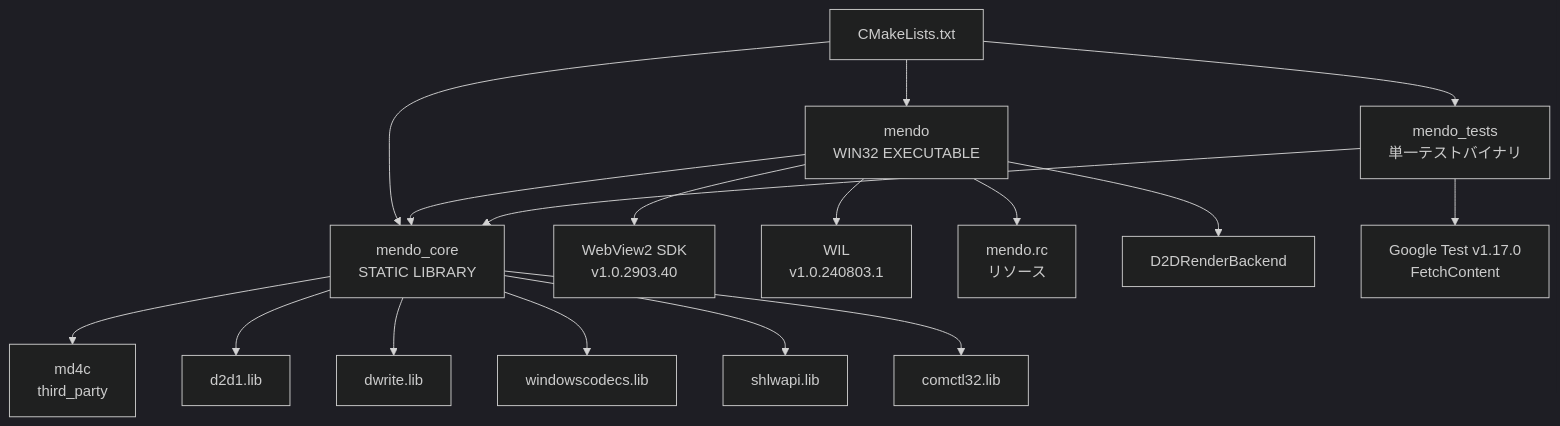
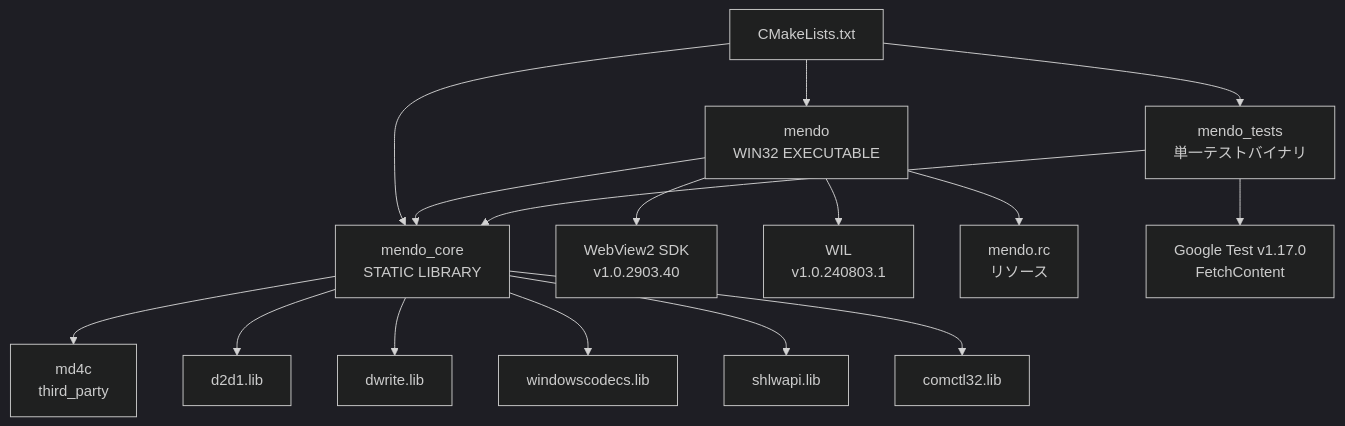
Before and after one commit to tanaton/mendo: diagram 20 of 27 in example/test.md, drawn with Mermaid (dark theme). The commit also changed other lines of this file, not shown here.

````diff
--- a/example/test.md
+++ b/example/test.md
@@ -2374,21 +2328,20 @@
 ```mermaid
 graph TD
     ROOT[CMakeLists.txt] --> CORE[mendo_core<br>STATIC LIBRARY]
     ROOT --> EXE[mendo<br>WIN32 EXECUTABLE]
     ROOT --> TEST[mendo_tests<br>単一テストバイナリ]
 
     CORE --> MD4C[md4c<br>third_party]
     EXE --> CORE
     EXE --> WV2[WebView2 SDK<br>v1.0.2903.40]
     EXE --> WIL[WIL<br>v1.0.240803.1]
     EXE --> RC[mendo.rc<br>リソース]
-    EXE --> RB[D2DRenderBackend]
     TEST --> CORE
     TEST --> GTEST[Google Test v1.17.0<br>FetchContent]
 
     CORE --> D2D1[d2d1.lib]
     CORE --> DWRITE[dwrite.lib]
     CORE --> WIC_LIB[windowscodecs.lib]
     CORE --> SHLWAPI[shlwapi.lib]
     CORE --> COMCTL[comctl32.lib]
 ```
````
